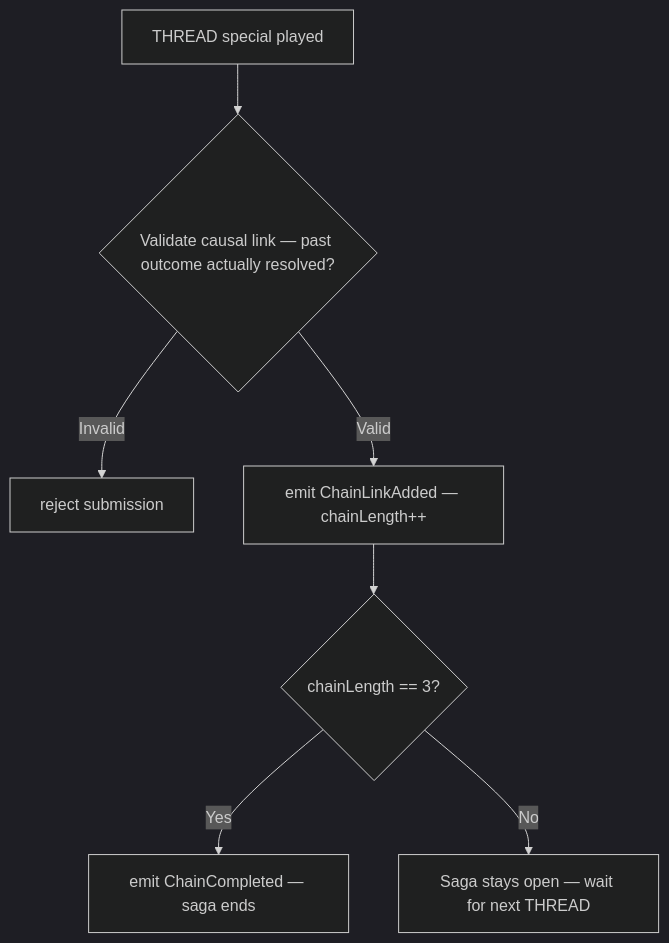
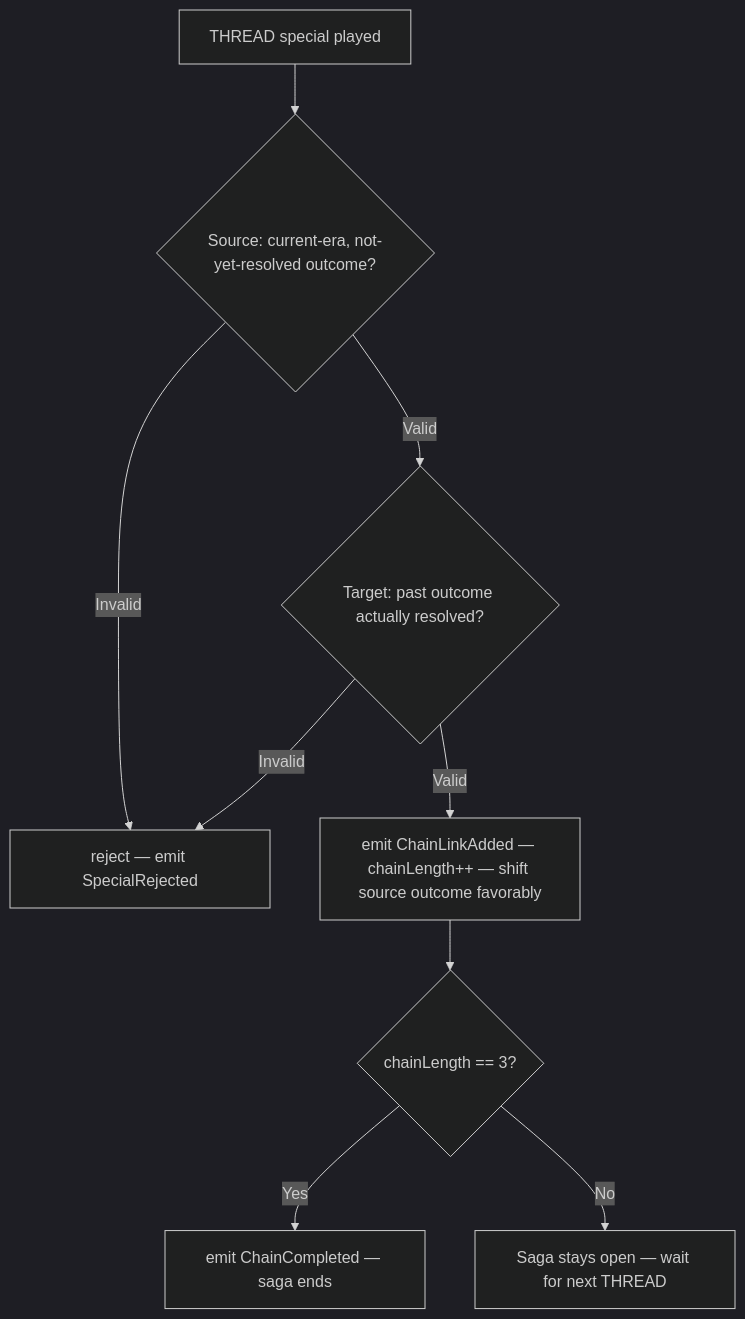
One commit to temporal-rift/docs changed the first of 2 diagrams in sagas/special.mdx. Above: the diagram before and after it, drawn with Mermaid (dark theme). The commit also changed other lines of this file and 10 other files, not shown here.

````diff
--- a/sagas/special.mdx
+++ b/sagas/special.mdx
@@ -23,9 +17,11 @@
 ```mermaid
 flowchart TD
-  A[THREAD special played] --> B{Validate causal link — past outcome actually resolved?}
-  B -->|Invalid| C[reject submission]
-  B -->|Valid| D[emit ChainLinkAdded — chainLength++]
-  D --> E{chainLength == 3?}
-  E -->|Yes| F[emit ChainCompleted — saga ends]
-  E -->|No| G[Saga stays open — wait for next THREAD]
+  A[THREAD special played] --> B{Source: current-era, not-yet-resolved outcome?}
+  B -->|Invalid| C[reject — emit SpecialRejected]
+  B -->|Valid| D{Target: past outcome actually resolved?}
+  D -->|Invalid| C
+  D -->|Valid| E[emit ChainLinkAdded — chainLength++ — shift source outcome favorably]
+  E --> F{chainLength == 3?}
+  F -->|Yes| G[emit ChainCompleted — saga ends]
+  F -->|No| H[Saga stays open — wait for next THREAD]
 ```
````
